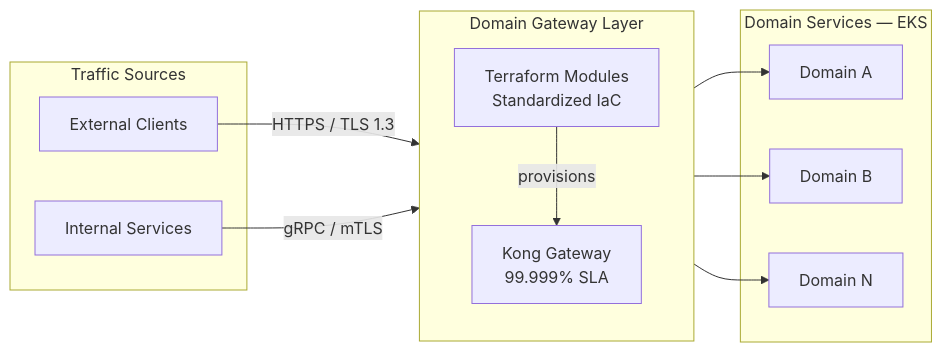
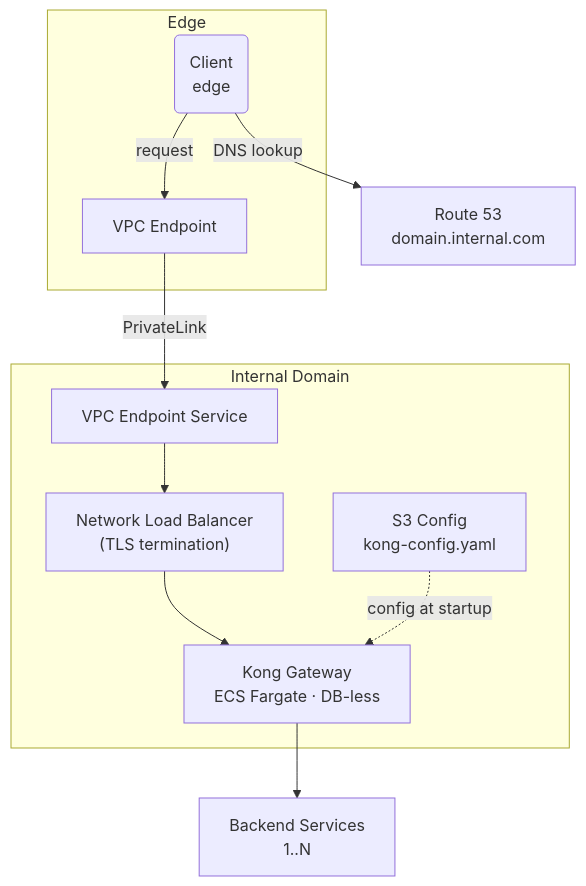
One commit to juanfe2793/Portfolio changed the diagram in docs/case-studies/api-gateway.mdx. Above: the diagram before and after it, drawn with Mermaid. The commit also changed other lines of this file, not shown here.

First line of the commit message:
Revise API Gateway case study details and metrics (#162)

````diff
--- a/docs/case-studies/api-gateway.mdx
+++ b/docs/case-studies/api-gateway.mdx
@@ -68,26 +102,26 @@
 ```mermaid
-graph LR
-  subgraph Clients["Traffic Sources"]
-    EXT["External Clients"]
-    INT["Internal Services"]
-  end
+flowchart TB
+    R53["Route 53<br/>domain.internal.com"]
 
-  subgraph Gateway["Domain Gateway Layer"]
-    direction TB
-    KONG["Kong Gateway\n99.999% SLA"]
-    TF["Terraform Modules\nStandardized IaC"]
-    TF -->|provisions| KONG
-  end
+    subgraph External["Edge"]
+        Client("Client<br/>edge")
+        VPCE["VPC Endpoint"]
+    end
 
-  subgraph Domains["Domain Services — EKS"]
-    D1["Domain A"]
-    D2["Domain B"]
-    D3["Domain N"]
-  end
+    subgraph Domain["Internal Domain"]
+        VPCES["VPC Endpoint Service"]
+        NLB["Network Load Balancer<br/>(TLS termination)"]
+        Kong["Kong Gateway<br/>ECS Fargate · DB-less"]
+        S3["S3 Config<br/>kong-config.yaml"]
+    end
 
-  EXT -->|"HTTPS / TLS 1.3"| KONG
-  INT -->|"gRPC / mTLS"| KONG
-  KONG --> D1
-  KONG --> D2
-  KONG --> D3
+    Backend["Backend Services<br/>1..N"]
+
+    Client -->|DNS lookup| R53
+    Client -->|request| VPCE
+    VPCE -->|PrivateLink| VPCES
+    VPCES --> NLB
+    NLB --> Kong
+    S3 -.->|config at startup| Kong
+    Kong --> Backend
 ```
````
